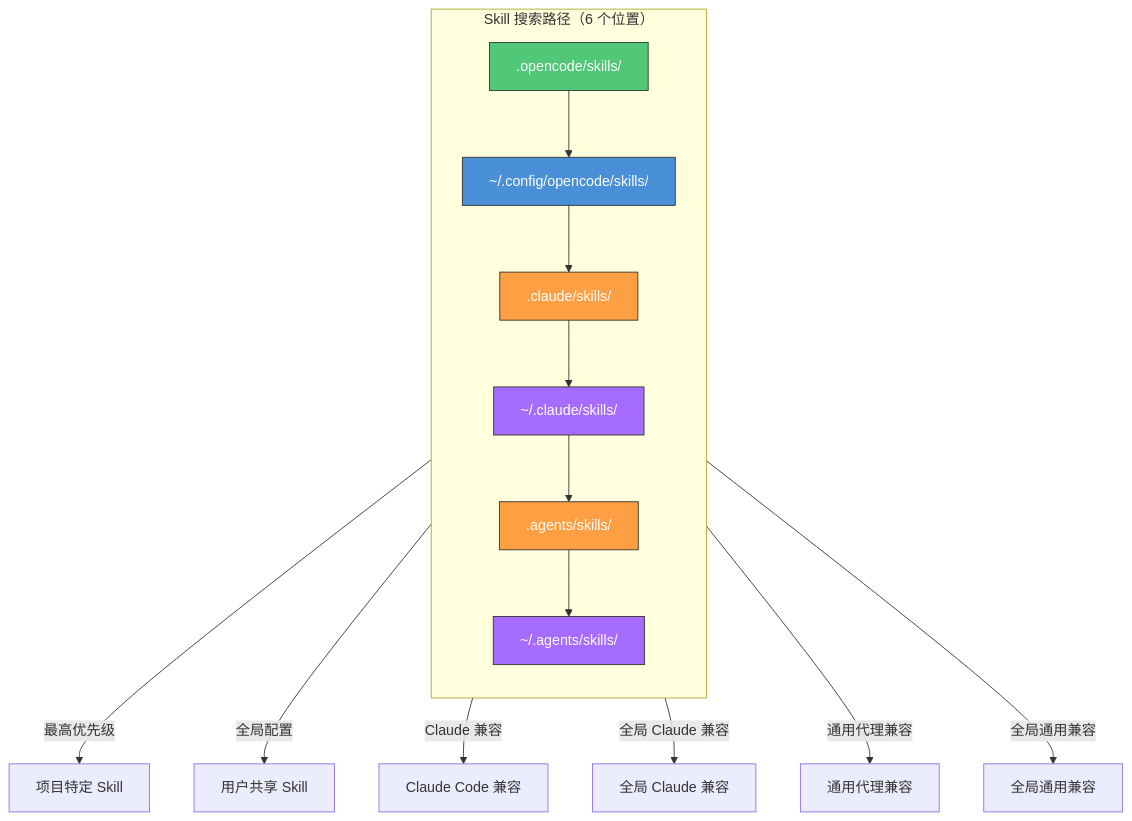
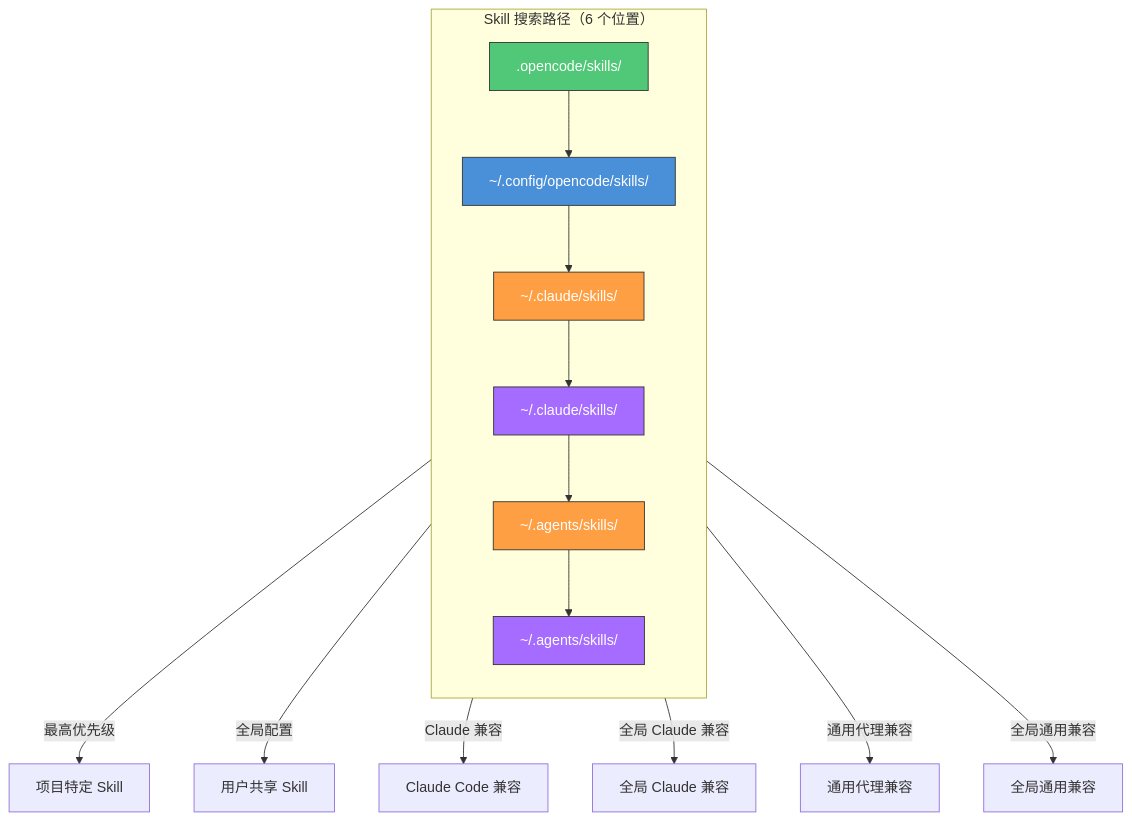
One commit to tonydeng/harness-engineering-from-oc-to-ai-coding changed the fourth of 7 diagrams in src/02-core-concepts/skills-system.md. Above: the diagram before and after it, drawn with Mermaid. The commit also changed other lines of this file and 107 other files, not shown here.

````diff
--- a/src/02-core-concepts/skills-system.md
+++ b/src/02-core-concepts/skills-system.md
@@ -338,25 +338,25 @@
 ```mermaid
 graph TB
     subgraph Search[Skill 搜索路径（6 个位置）]
         direction TB
-        P1[.opencode/skills/] --> P2[~/.config/opencode/skills/]
-        P2 --> P3[.claude/skills/]
-        P3 --> P4[~/.claude/skills/]
-        P4 --> P5[.agents/skills/]
-        P5 --> P6[~/.agents/skills/]
+        P1[.opencode/skills/] --> P2["~/.config/opencode/skills/"]
+        P2 --> P3["~/.claude/skills/"]
+        P3 --> P4["~/.claude/skills/"]
+        P4 --> P5["~/.agents/skills/"]
+        P5 --> P6["~/.agents/skills/"]
     end
     
     P1 --> |"最高优先级"| R1[项目特定 Skill]
     P2 --> |"全局配置"| R2[用户共享 Skill]
     P3 --> |"Claude 兼容"| R3[Claude Code 兼容]
     P4 --> |"全局 Claude 兼容"| R4[全局 Claude 兼容]
     P5 --> |"通用代理兼容"| R5[通用代理兼容]
     P6 --> |"全局通用兼容"| R6[全局通用兼容]
     
     style P1 fill:#50C878,stroke:#333,color:#fff
     style P2 fill:#4A90D9,stroke:#333,color:#fff
     style P3 fill:#FF9F43,stroke:#333,color:#fff
     style P4 fill:#A66CFF,stroke:#333,color:#fff
     style P5 fill:#FF9F43,stroke:#333,color:#fff
     style P6 fill:#A66CFF,stroke:#333,color:#fff
 ```
````
